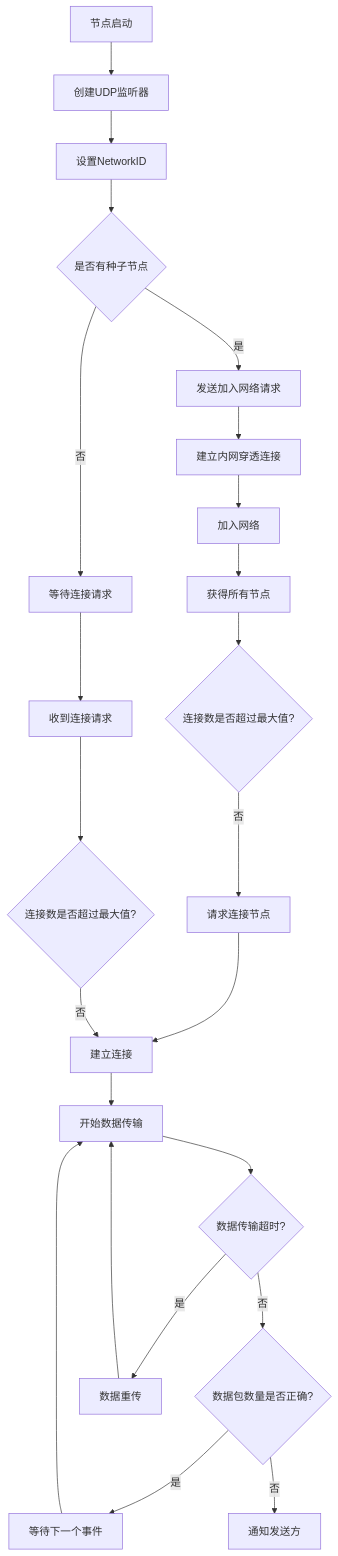
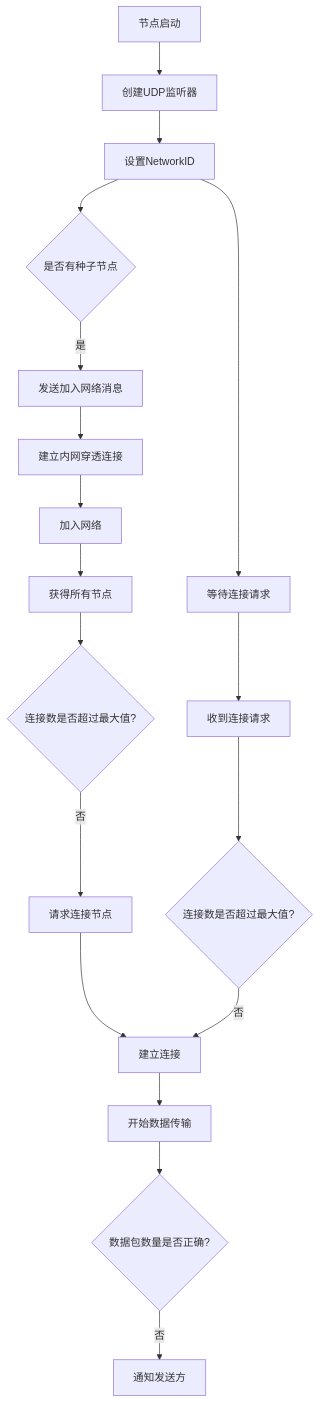
Before and after one commit to shsunb/q2p-doc: the diagram in wiki/cn/02_architecture_and_principles.md, drawn with Mermaid. The commit also changed 5 other files, not shown here.

Commit message:
update graph and event description

````diff
--- a/wiki/cn/02_architecture_and_principles.md
+++ b/wiki/cn/02_architecture_and_principles.md
@@ -76,34 +76,27 @@
 ```mermaid
 graph TD
     A[节点启动] --> B[创建UDP监听器]
     B --> C[设置NetworkID]
     C --> D{是否有种子节点}
-    D --> |是| D1[发送加入网络请求]
-    D --> |否| D2[等待连接请求]
+    D --> |是| D1[发送加入网络消息]
+    C --> D2[等待连接请求]
 
     %% JOIN 事件处理
     D1 --> K[建立内网穿透连接]
     K --> L[加入网络]
     L --> M[获得所有节点]
     M --> N{连接数是否超过最大值?}
     N --> |否| N1[请求连接节点]
     N1 --> G1[建立连接]
     G1 --> Q
 
     %% 接收到连接请求后进入不同的处理逻辑
     D2 --> E1[收到连接请求]
     E1 --> F2{连接数是否超过最大值?}
     F2 --> |否| G1
 
     %% 数据传输事件处理
-    Q[开始数据传输] --> R{数据传输超时?}
-    R -->|否| R1{数据包数量是否正确?}
-    R1 -->|是| R11[等待下一个事件]
-    R11 --> Q
+    Q[开始数据传输] --> R1{数据包数量是否正确?}
     R1 -->|否| R12[通知发送方]
-    R -->|是| T[数据重传]
-
-    %% 数据传输重试
-    T --> Q
 
 ```
````
